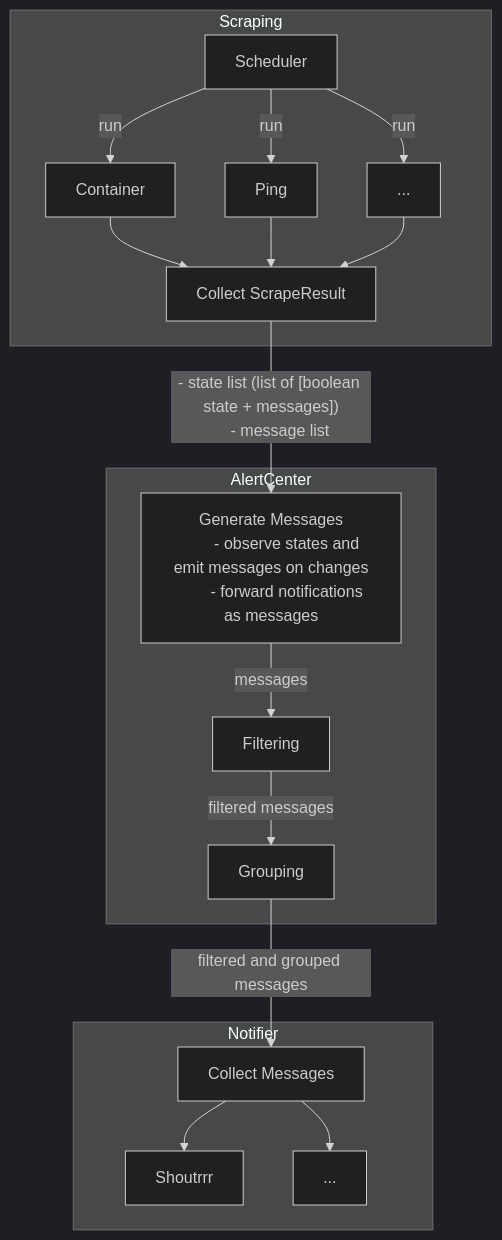
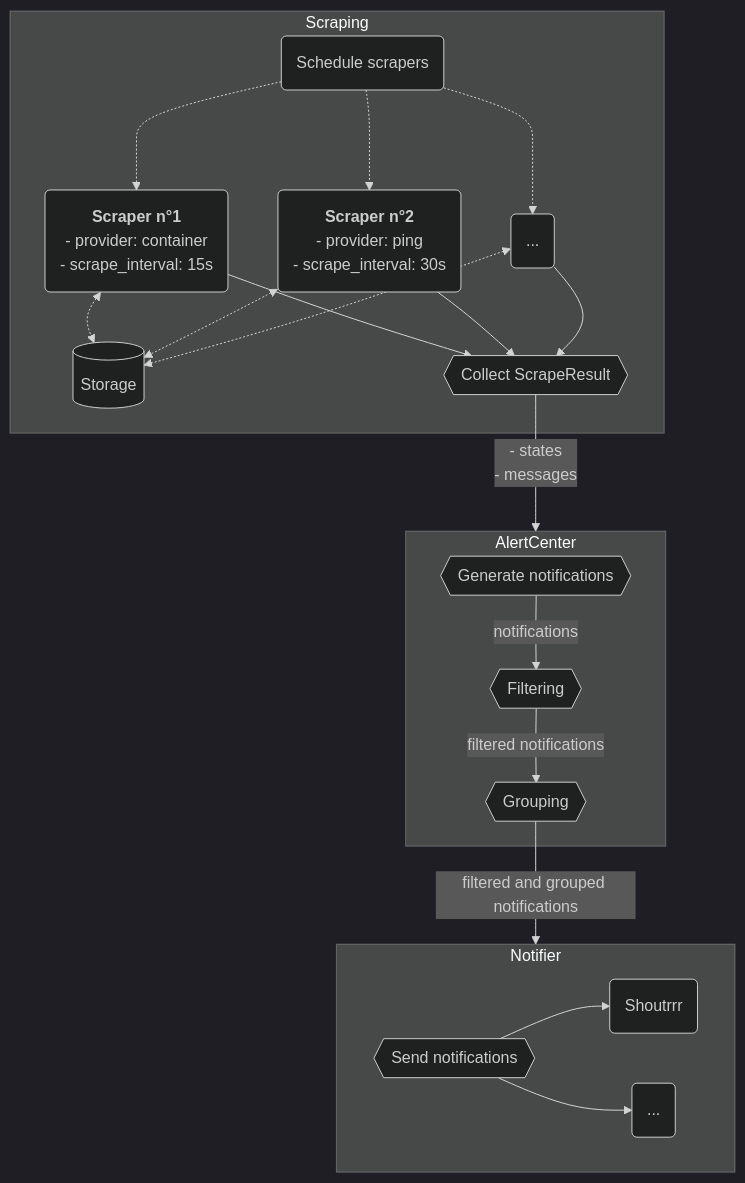
Before and after one commit to mcarbonne/minimal-server-monitoring: the diagram in README.md, drawn with Mermaid (dark theme). The commit also changed other lines of this file and 3 other files, not shown here.

````diff
--- a/README.md
+++ b/README.md
@@ -42,38 +55,37 @@
 ```mermaid
 flowchart TD
-    subgraph Scraping
-        Sc[Scheduler]
-        Sc--run-->S1
-        Sc--run-->S2
-        Sc--run-->S3
-        S1[Container]
-        S2[Ping]
-        S3[...]
-        S1-->SC
-        S2-->SC
-        S3-->SC
-        SC[Collect ScrapeResult]
-    end
+subgraph Scraping
+    Storage
+      Sc(Schedule scrapers)
+      Sc-..->S1 & S2 & S3
+      S1("`**Scraper n°1**
+      - provider: container
+      - scrape_interval: 15s`")
+      S2("`**Scraper n°2**
+      - provider: ping
+      - scrape_interval: 30s`")
+      S3(...)
+    S1 & S2 & S3 -->SC
+    SC{{Collect ScrapeResult}}
+    Storage[(Storage)]
+    S1 & S2 & S3<-.->Storage
+end
 
-    SC--"
-    - state list (list of [boolean state + messages])
-    - message list"-->AC
+SC--"- states\n- messages"-->AlertCenter
 
-    subgraph AlertCenter
-        AC["Generate Messages
-        - observe states and emit messages on changes
-        - forward notifications as messages"]
-        AC--messages-->F
-        F[Filtering]
-        F--filtered messages-->G
-        G[Grouping]
-    end
-    G--filtered and grouped messages-->C
-    subgraph Notifier
-        C[Collect Messages]
-        N1[Shoutrrr]
-        N2[...]
-        C-->N1
-        C-->N2
-    end
+subgraph AlertCenter
+    AC{{"Generate notifications"}}
+    AC--notifications-->F
+    F{{Filtering}}
+    F--filtered notifications-->G
+    G{{Grouping}}
+end
+G--filtered and grouped notifications-->Notifier
+subgraph Notifier
+    C{{Send notifications}}
+    N1(Shoutrrr)
+    N2(...)
+    C-->N1
+    C-->N2
+end
 ```
````
